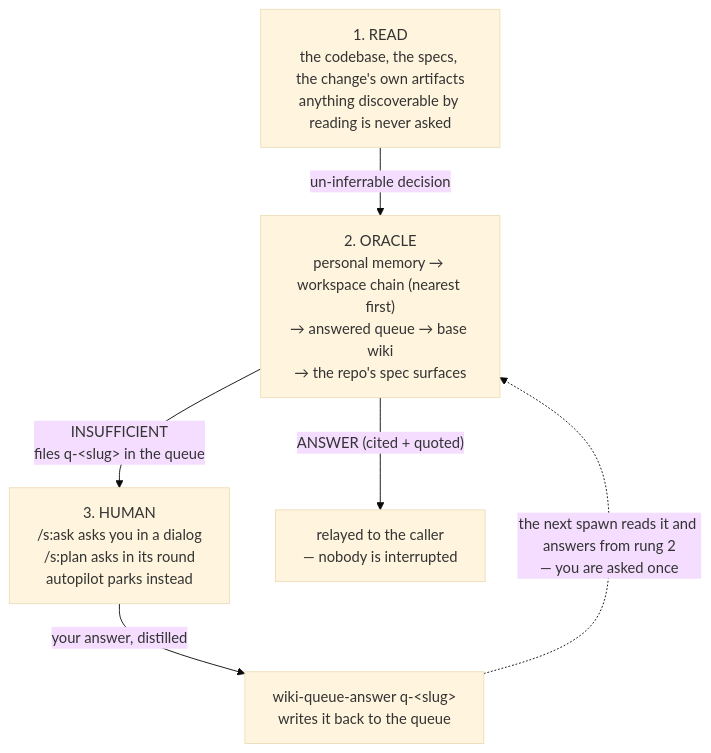
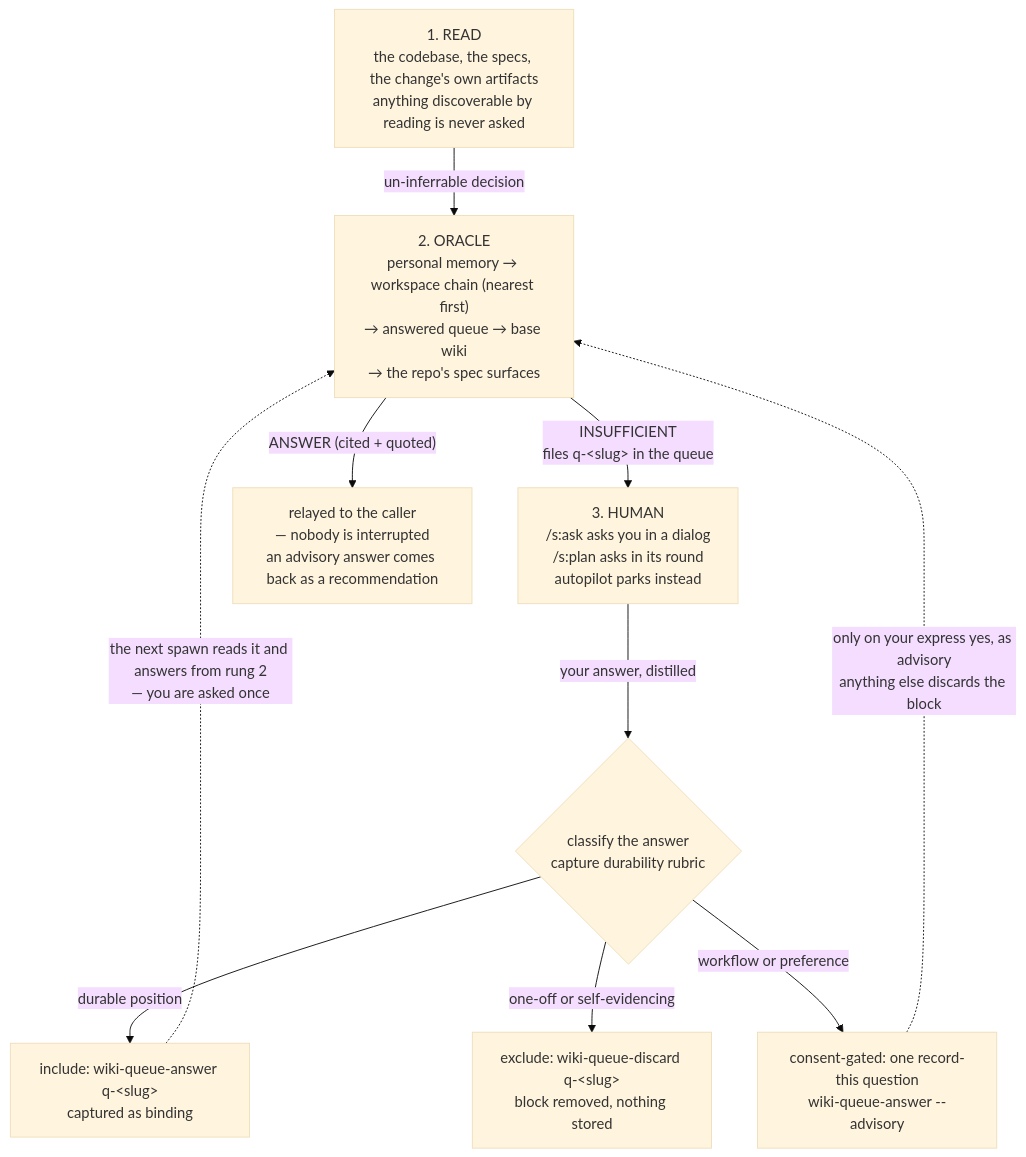
The diagram in docs/oracle.md (shipd-now/shipd), drawn with Mermaid (base theme) before and after one commit. The commit also changed other lines of this file and 4 other files, not shown here.

First line of the commit message:
oracle-docs-advisory: docs/oracle.md catches up to the v0.6.175 capture policy — advisory ANSWER variant (Authority: advisory, recommended-not-forced), classified capture loop (include/exclude/consent-gated, wiki-queue-discard), updated mermaid ladder (#129)

````diff
--- a/docs/oracle.md
+++ b/docs/oracle.md
@@ -23,14 +23,21 @@
 ```mermaid
 flowchart TD
     read["1. READ<br/>the codebase, the specs, the change's own artifacts<br/>anything discoverable by reading is never asked"]
     oracle["2. ORACLE<br/>personal memory → workspace chain (nearest first)<br/>→ answered queue → base wiki<br/>→ the repo's spec surfaces"]
     human["3. HUMAN<br/>/s:ask asks you in a dialog<br/>/s:plan asks in its round<br/>autopilot parks instead"]
-    caller["relayed to the caller<br/>— nobody is interrupted"]
-    capture["wiki-queue-answer q-&lt;slug&gt;<br/>writes it back to the queue"]
+    caller["relayed to the caller<br/>— nobody is interrupted<br/>an advisory answer comes back as a recommendation"]
+    classify{"classify the answer<br/>capture durability rubric"}
+    include["include: wiki-queue-answer q-&lt;slug&gt;<br/>captured as binding"]
+    exclude["exclude: wiki-queue-discard q-&lt;slug&gt;<br/>block removed, nothing stored"]
+    gated["consent-gated: one record-this question<br/>wiki-queue-answer --advisory"]
 
     read -- "un-inferrable decision" --> oracle
     oracle -- "ANSWER (cited + quoted)" --> caller
     oracle -- "INSUFFICIENT<br/>files q-&lt;slug&gt; in the queue" --> human
-    human -- "your answer, distilled" --> capture
-    capture -. "the next spawn reads it and answers from rung 2<br/>— you are asked once" .-> oracle
+    human -- "your answer, distilled" --> classify
+    classify -- "durable position" --> include
+    classify -- "one-off or self-evidencing" --> exclude
+    classify -- "workflow or preference" --> gated
+    include -. "the next spawn reads it and answers from rung 2<br/>— you are asked once" .-> oracle
+    gated -. "only on your express yes, as advisory<br/>anything else discards the block" .-> oracle
 ```
````
